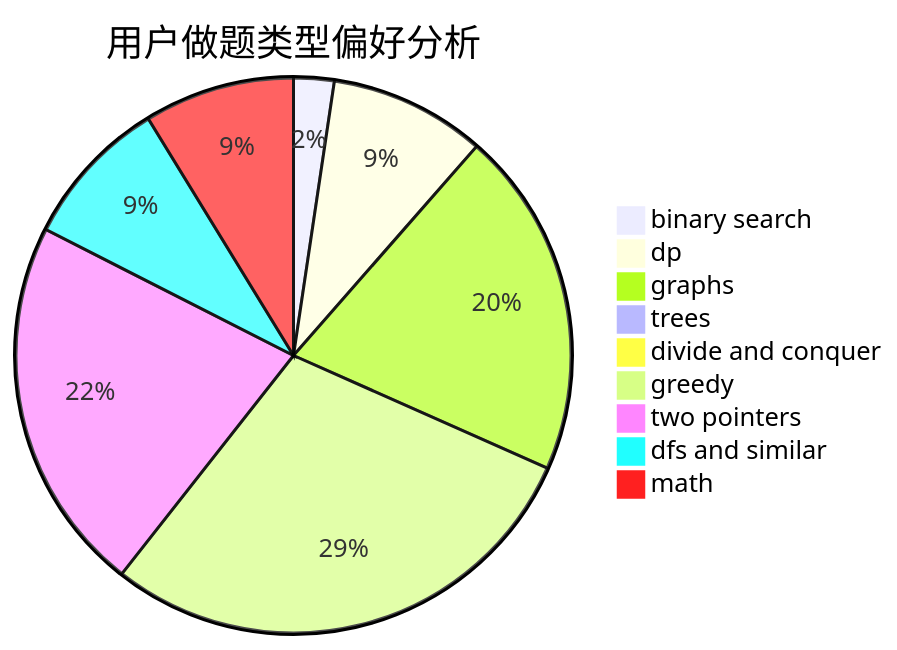
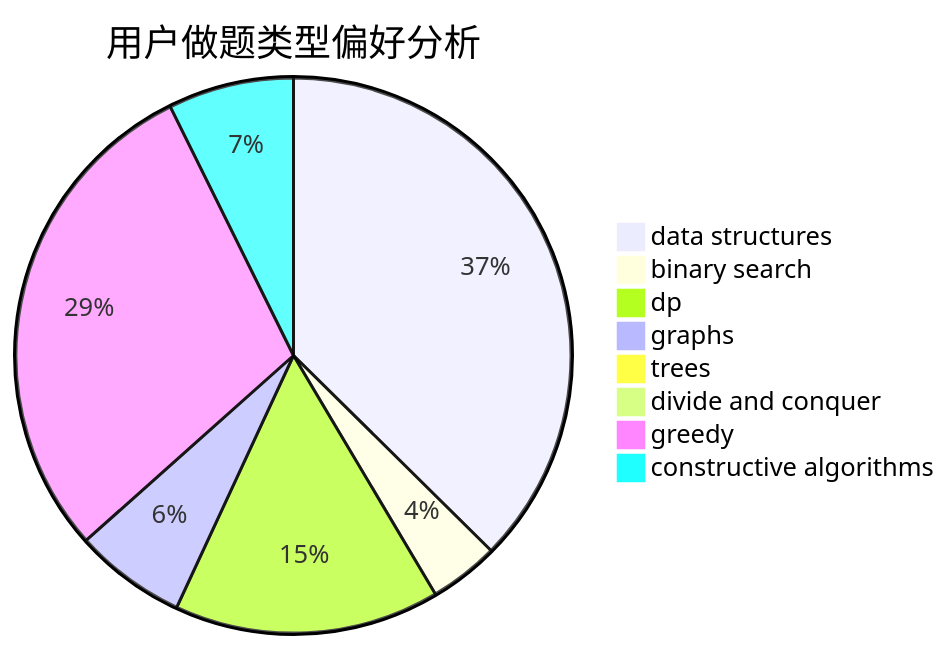
The second of 3 diagrams in docs/user/u2587.md (sherpahu/cfrs.github.io), drawn with Mermaid before and after one commit. The commit also changed other lines of this file and 2775 other files, not shown here.

````diff
--- a/docs/user/u2587.md
+++ b/docs/user/u2587.md
@@ -23,12 +23,11 @@
 ```mermaid
 pie title 用户做题类型偏好分析
-    "binary search" :  7
-    "dp" :  27
-    "graphs" :  60
+    "data structures" :  46
+    "binary search" :  5
+    "dp" :  19
+    "graphs" :  8
     "trees" :  1
     "divide and conquer" :  0
-    "greedy" :  86
-    "two pointers" :  65
-    "dfs and similar" :  26
-    "math" :  26
+    "greedy" :  36
+    "constructive algorithms" :  9
 ```
````
